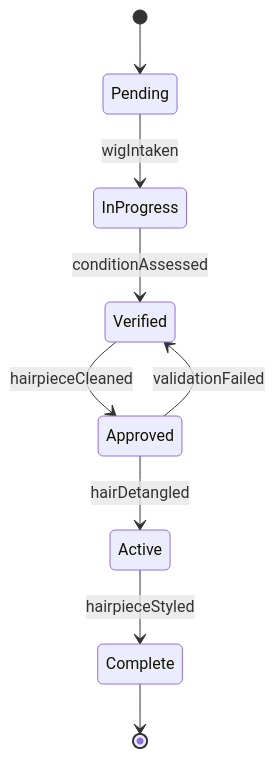
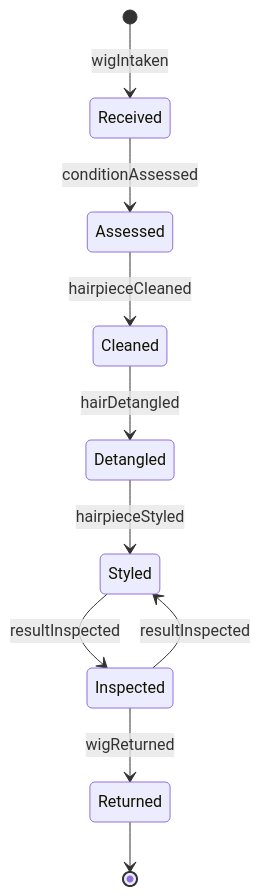
Before and after one commit to dot-org-ai/tasks.org.ai: the second of 4 diagrams in HandlingAndMovingObjects/GroomOrStyleHair/GroomWigsHairpieces.mdx, drawn with Mermaid. The commit also changed other lines of this file and 515 other files, not shown here.

````diff
--- a/HandlingAndMovingObjects/GroomOrStyleHair/GroomWigsHairpieces.mdx
+++ b/HandlingAndMovingObjects/GroomOrStyleHair/GroomWigsHairpieces.mdx
@@ -100,11 +101,12 @@
 ```mermaid
 stateDiagram-v2
-    [*] --> Pending
-    Pending --> InProgress : wigIntaken
-    InProgress --> Verified : conditionAssessed
-    Verified --> Approved : hairpieceCleaned
-    Approved --> Active : hairDetangled
-    Active --> Complete : hairpieceStyled
-    Approved --> Verified : validationFailed
-    Complete --> [*]
+    [*] --> Received : wigIntaken
+    Received --> Assessed : conditionAssessed
+    Assessed --> Cleaned : hairpieceCleaned
+    Cleaned --> Detangled : hairDetangled
+    Detangled --> Styled : hairpieceStyled
+    Styled --> Inspected : resultInspected
+    Inspected --> Returned : wigReturned
+    Inspected --> Styled : resultInspected
+    Returned --> [*]
 ```
````
